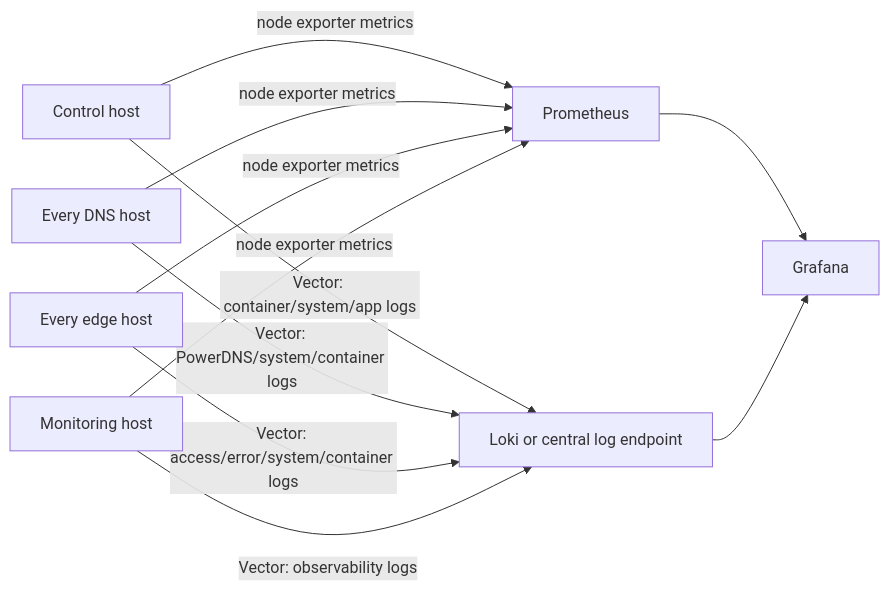
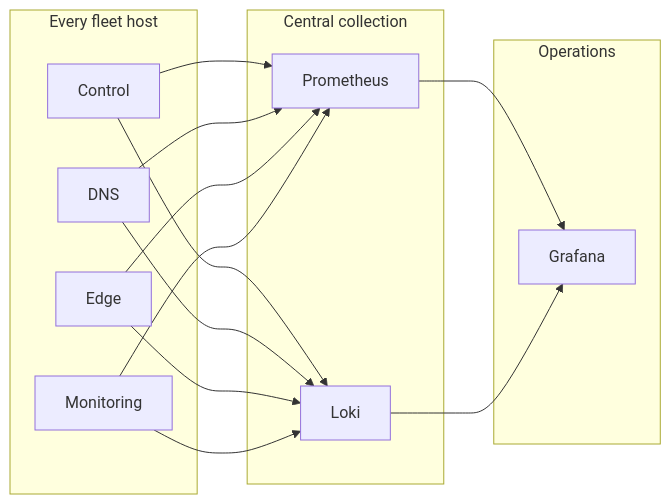
One commit to vaheed/CDNFoundry changed the fourth of 7 diagrams in docs/deployment/production-fleet.md. Above: the diagram before and after it, drawn with Mermaid. The commit also changed other lines of this file and 24 other files, not shown here.

````diff
--- a/docs/deployment/production-fleet.md
+++ b/docs/deployment/production-fleet.md
@@ -95,13 +102,23 @@
 ```mermaid
 flowchart LR
-    C[Control host] -->|node exporter metrics| P[Prometheus]
-    D[Every DNS host] -->|node exporter metrics| P
-    E[Every edge host] -->|node exporter metrics| P
-    MH[Monitoring host] -->|node exporter metrics| P
-    C -->|Vector: container/system/app logs| L[Loki or central log endpoint]
-    D -->|Vector: PowerDNS/system/container logs| L
-    E -->|Vector: access/error/system/container logs| L
-    MH -->|Vector: observability logs| L
-    P --> G[Grafana]
-    L --> G
+    subgraph Fleet["Every fleet host"]
+      C["Control"]
+      D["DNS"]
+      E["Edge"]
+      MH["Monitoring"]
+    end
+    subgraph Collect["Central collection"]
+      C --> P["Prometheus"]
+      D --> P
+      E --> P
+      MH --> P
+      C --> L["Loki"]
+      D --> L
+      E --> L
+      MH --> L
+    end
+    subgraph View["Operations"]
+      P --> G["Grafana"]
+      L --> G
+    end
 ```
````
